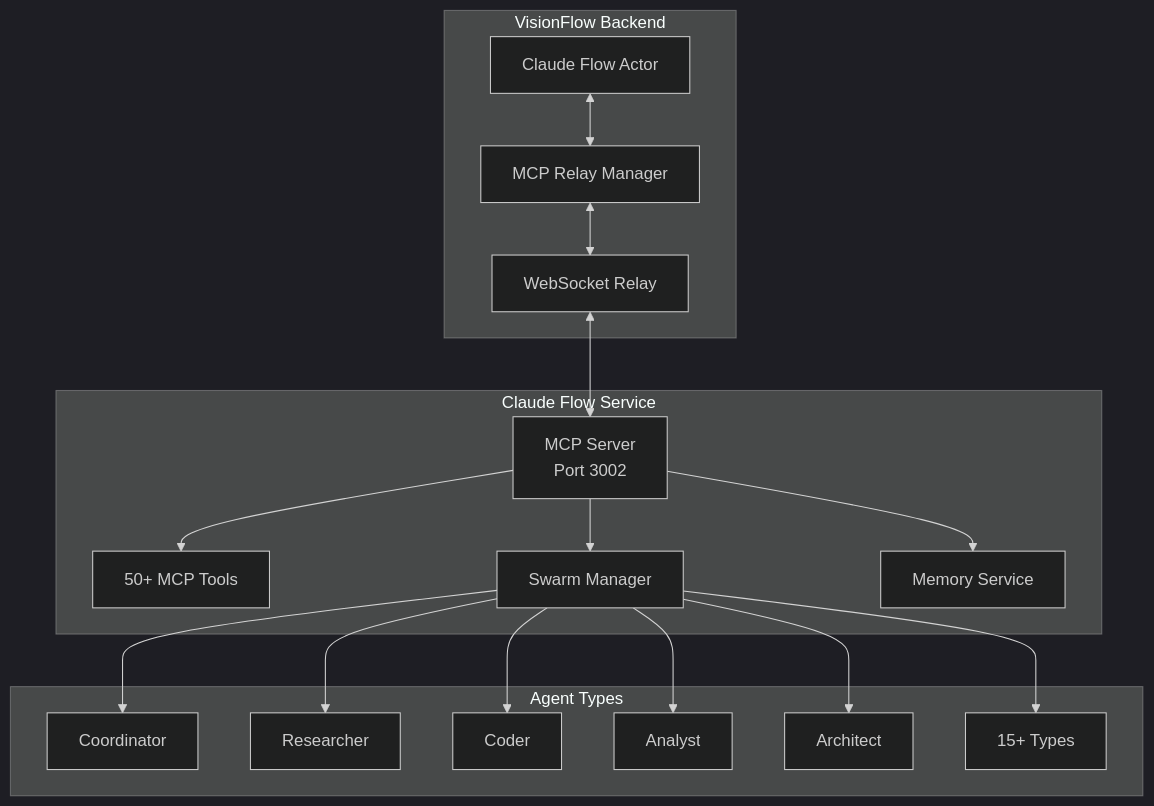
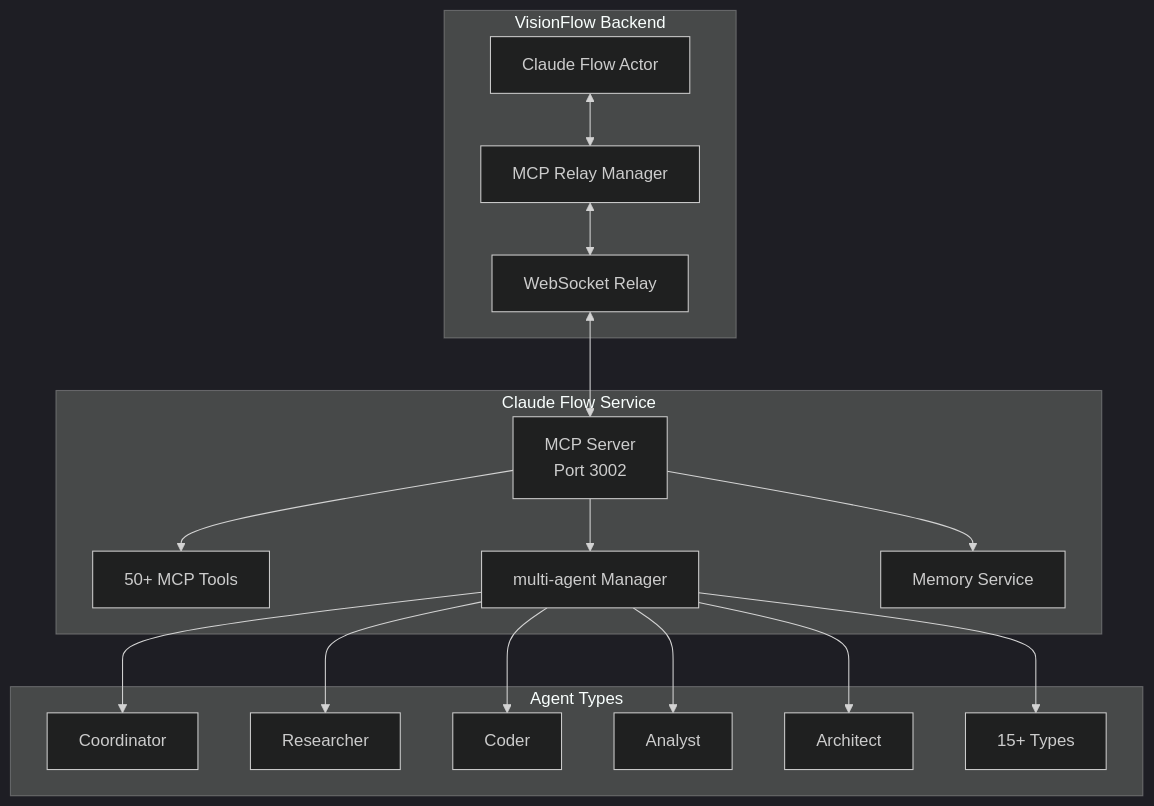
One commit to DreamLab-AI/VisionFlow changed the sixth of 8 diagrams in docs/architecture/system-overview.md. Above: the diagram before and after it, drawn with Mermaid (dark theme). The commit also changed other lines of this file and 62 other files, not shown here.

Commit message:
rename to multiAgent

````diff
--- a/docs/architecture/system-overview.md
+++ b/docs/architecture/system-overview.md
@@ -264,39 +264,39 @@
 ```mermaid
 graph TB
     subgraph "VisionFlow Backend"
         CFActor[Claude Flow Actor]
         MCPRelay[MCP Relay Manager]
         WSRelay[WebSocket Relay]
     end
-    
+
     subgraph "Claude Flow Service"
         MCPServer[MCP Server<br/>Port 3002]
         Tools[50+ MCP Tools]
-        Swarm[Swarm Manager]
+        multi-agent[multi-agent Manager]
         Memory[Memory Service]
     end
-    
+
     subgraph "Agent Types"
         Coord[Coordinator]
         Research[Researcher]
         Coder[Coder]
         Analyst[Analyst]
         Architect[Architect]
         Others[15+ Types]
     end
-    
+
     CFActor <--> MCPRelay
     MCPRelay <--> WSRelay
     WSRelay <--> MCPServer
-    
+
     MCPServer --> Tools
-    MCPServer --> Swarm
+    MCPServer --> multi-agent
     MCPServer --> Memory
-    
-    Swarm --> Coord
-    Swarm --> Research
-    Swarm --> Coder
-    Swarm --> Analyst
-    Swarm --> Architect
-    Swarm --> Others
+
+    multi-agent --> Coord
+    multi-agent --> Research
+    multi-agent --> Coder
+    multi-agent --> Analyst
+    multi-agent --> Architect
+    multi-agent --> Others
 ```
````
